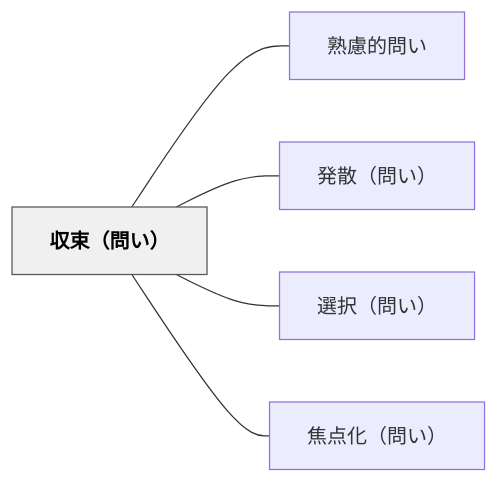
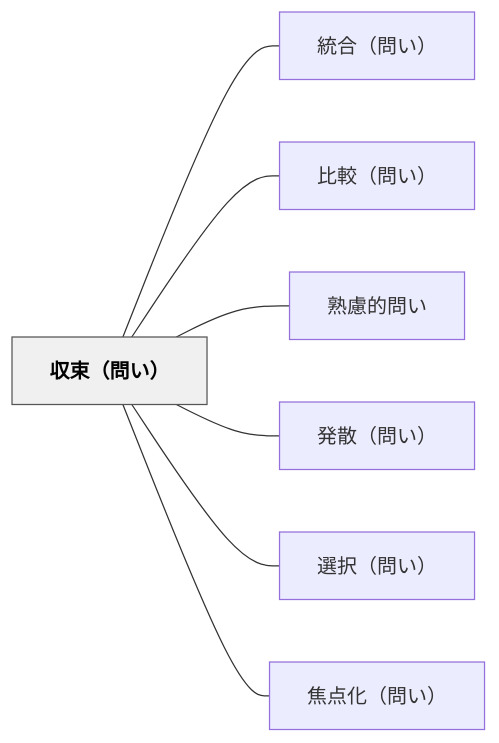
Before and after one commit to unknownthings-ed-patterns/unknownthings-ed-patterns: the diagram in content/パタン/収束（問い）.md, drawn with Mermaid. The commit also changed other lines of this file and 473 other files, not shown here.

````diff
--- a/content/パタン/収束（問い）.md
+++ b/content/パタン/収束（問い）.md
@@ -48,16 +50,20 @@
 ```mermaid
 flowchart LR
     ne58f8ee69d9f["収束（問い）"]
+    ne7b5b1e59088["統合（問い）"]
+    ne6af94e8bc83["比較（問い）"]
     ne7869fe685ae["熟慮的問い"]
     ne799bae695a3["発散（問い）"]
     ne981b8e68a9e["選択（問い）"]
     ne784a6e782b9["焦点化（問い）"]
 
+    ne58f8ee69d9f --- ne7b5b1e59088
+    ne58f8ee69d9f --- ne6af94e8bc83
     ne58f8ee69d9f --- ne7869fe685ae
     ne58f8ee69d9f --- ne799bae695a3
     ne58f8ee69d9f --- ne981b8e68a9e
     ne58f8ee69d9f --- ne784a6e782b9
 
     classDef hub fill:#f0f0f0,stroke:#555,color:#000,font-weight:bold
     class ne58f8ee69d9f hub
 ```
````
